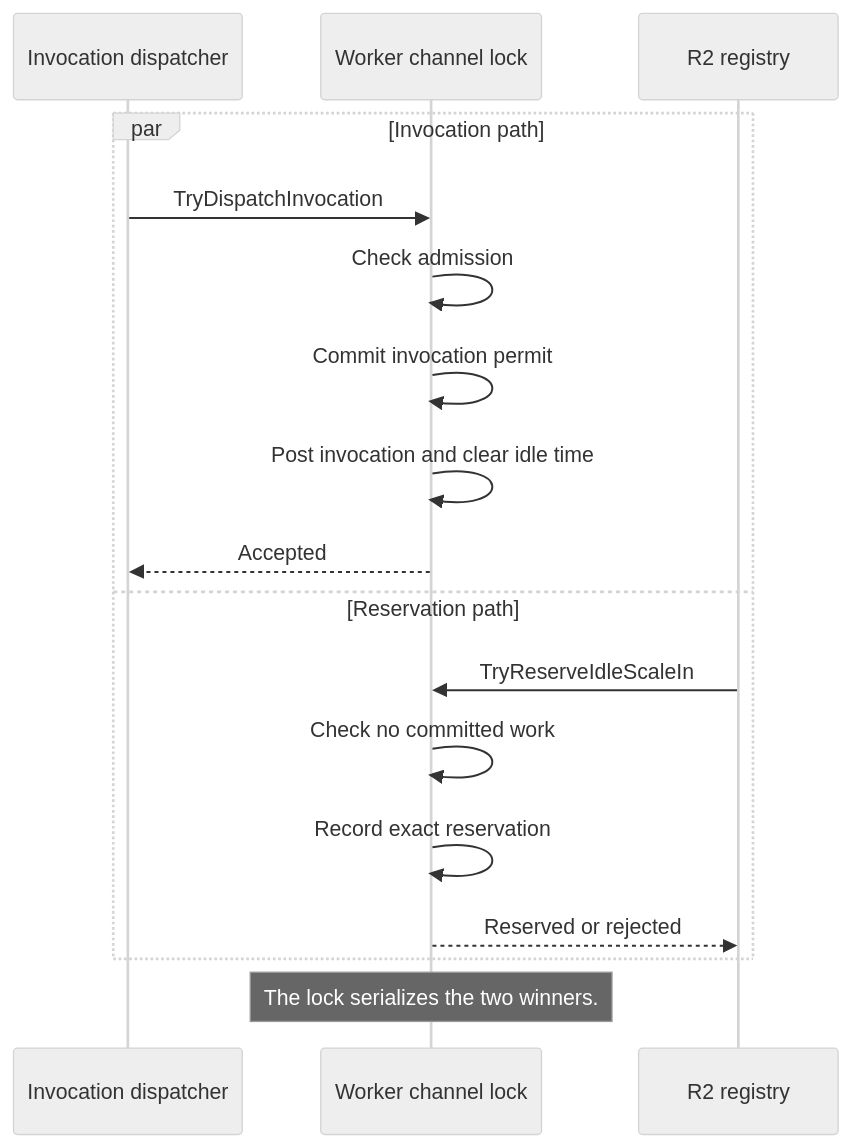
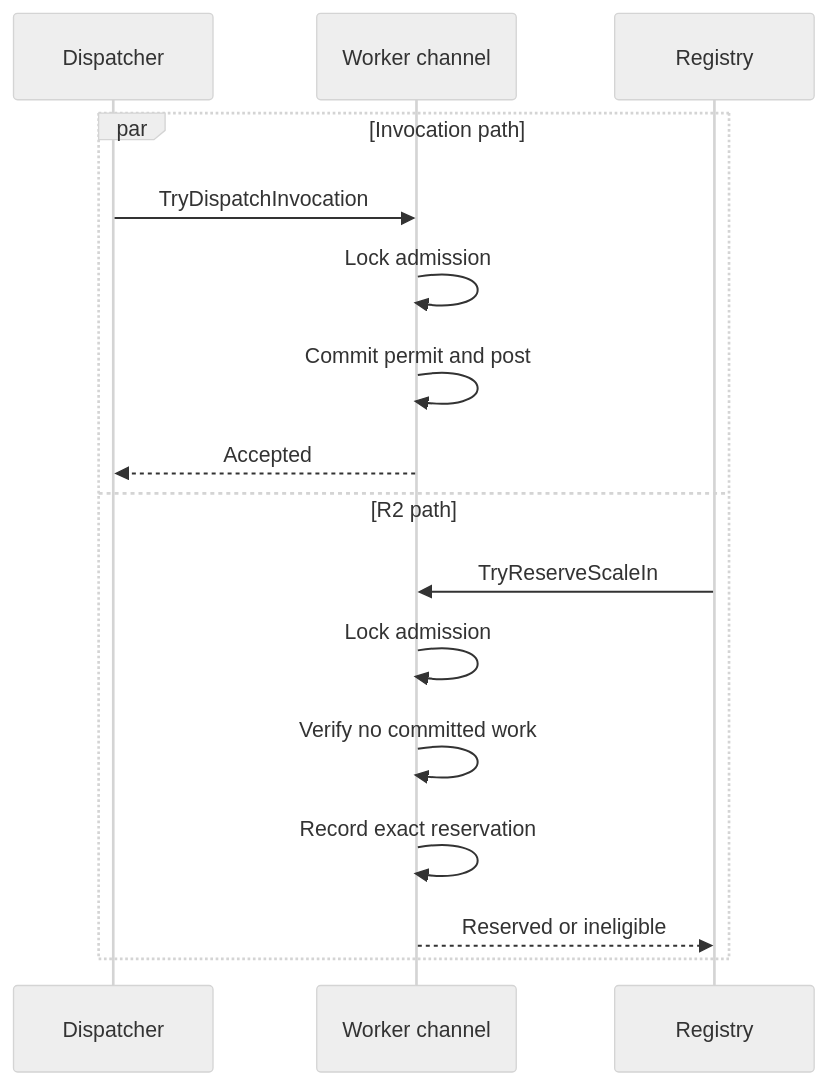
Before and after one commit to Azure/azure-functions-host: the fourth of 7 diagrams in tools/ComputeSeparation/byoc-http-on-demand-idle-scale-in.md, drawn with Mermaid (neutral theme). The commit also changed other lines of this file and 21 other files, not shown here.

````diff
--- a/tools/ComputeSeparation/byoc-http-on-demand-idle-scale-in.md
+++ b/tools/ComputeSeparation/byoc-http-on-demand-idle-scale-in.md
@@ -146,21 +171,19 @@
 ```mermaid
 sequenceDiagram
-    participant D as Invocation dispatcher
-    participant C as Worker channel lock
-    participant R as R2 registry
+    participant D as Dispatcher
+    participant C as Worker channel
+    participant R as Registry
 
     par Invocation path
         D->>C: TryDispatchInvocation
-        C->>C: Check admission
-        C->>C: Commit invocation permit
-        C->>C: Post invocation and clear idle time
+        C->>C: Lock admission
+        C->>C: Commit permit and post
         C-->>D: Accepted
-    and Reservation path
-        R->>C: TryReserveIdleScaleIn
-        C->>C: Check no committed work
+    and R2 path
+        R->>C: TryReserveScaleIn
+        C->>C: Lock admission
+        C->>C: Verify no committed work
         C->>C: Record exact reservation
-        C-->>R: Reserved or rejected
+        C-->>R: Reserved or ineligible
     end
-
-    Note over C: The lock serializes the two winners.
 ```
````
